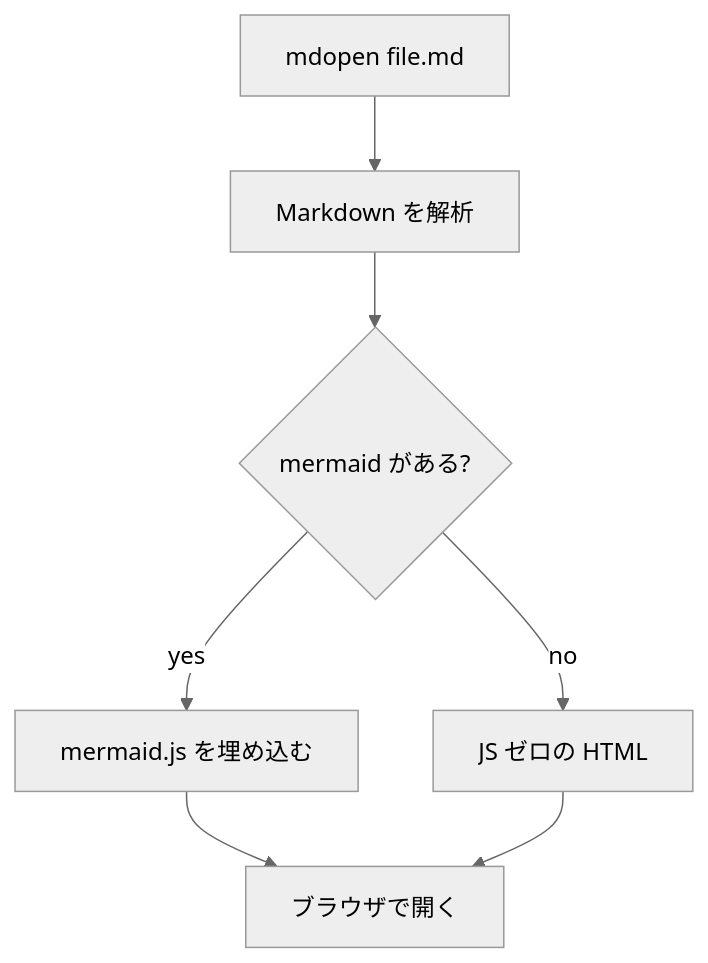
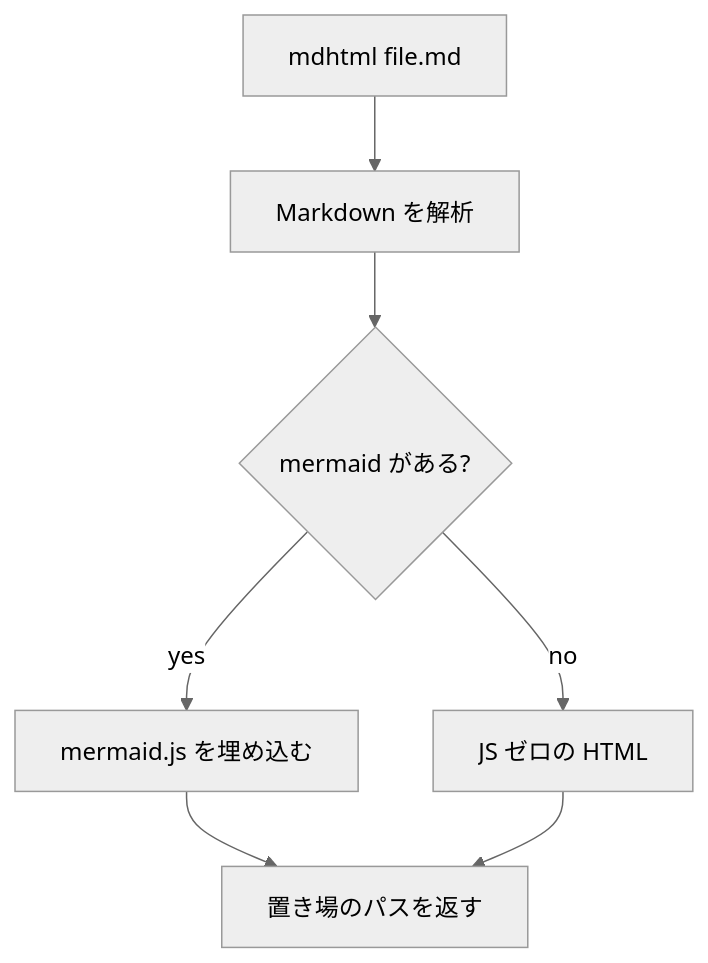
One commit to gin0606/mdopen changed the first of 2 diagrams in testdata/mermaid.md. Above: the diagram before and after it, drawn with Mermaid (neutral theme). The commit also changed other lines of this file and 9 other files, not shown here.

````diff
--- a/testdata/mermaid.md
+++ b/testdata/mermaid.md
@@ -5,9 +5,9 @@
 ```mermaid
 flowchart TD
-    A[mdopen file.md] --> B[Markdown を解析]
+    A[mdhtml file.md] --> B[Markdown を解析]
     B --> C{mermaid がある?}
     C -->|yes| D[mermaid.js を埋め込む]
     C -->|no| E[JS ゼロの HTML]
-    D --> F[ブラウザで開く]
+    D --> F[置き場のパスを返す]
     E --> F
 ```
````
